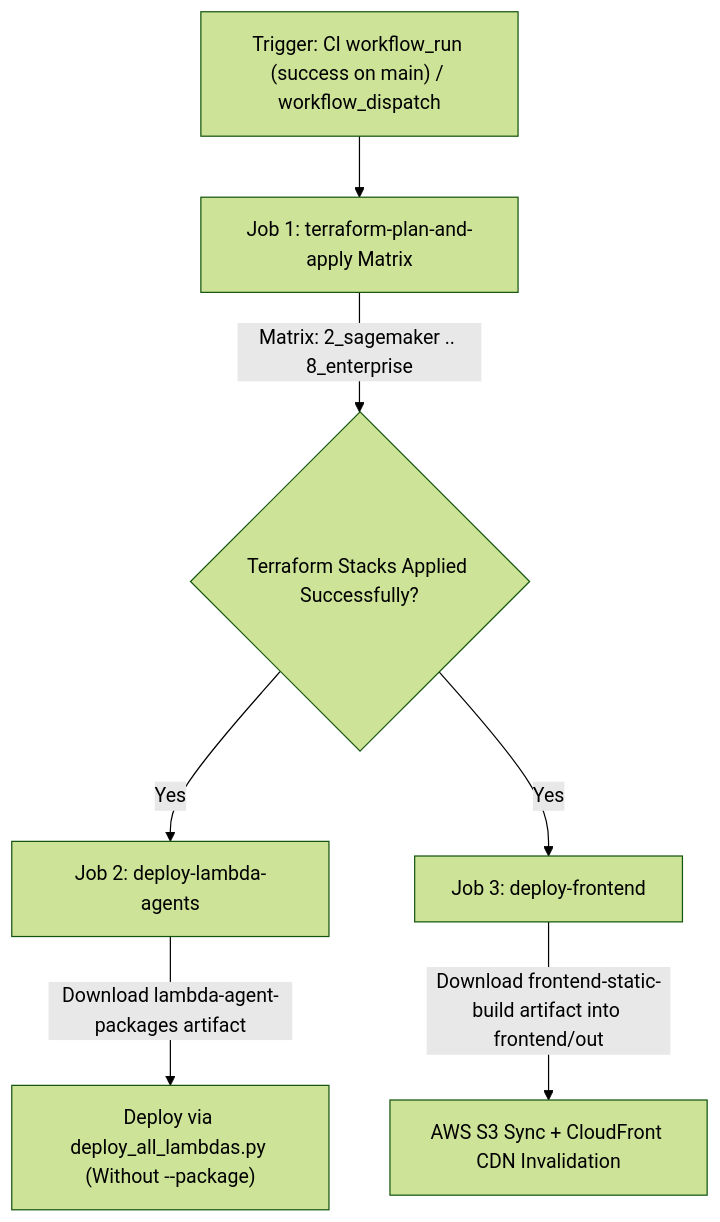
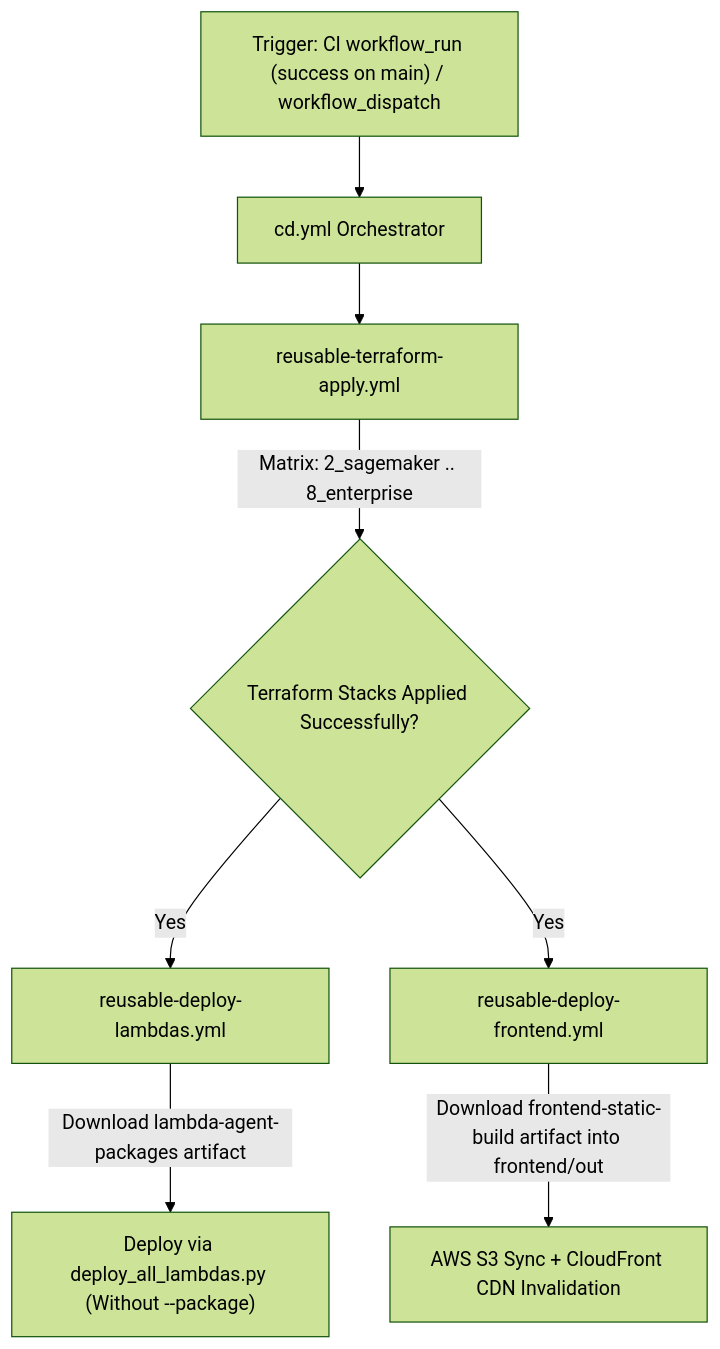
The diagram in docs/specs/infrastructure/github_cd_spec.md (ajponte/alex), drawn with Mermaid (forest theme) before and after one commit. The commit also changed other lines of this file and 19 other files, not shown here.

````diff
--- a/docs/specs/infrastructure/github_cd_spec.md
+++ b/docs/specs/infrastructure/github_cd_spec.md
@@ -113,9 +102,10 @@
 ```mermaid
 graph TD
-    A["Trigger: CI workflow_run (success on main) / workflow_dispatch"] --> B["Job 1: terraform-plan-and-apply Matrix"]
-    B -->|"Matrix: 2_sagemaker .. 8_enterprise"| C{"Terraform Stacks Applied Successfully?"}
-    C -->|"Yes"| D["Job 2: deploy-lambda-agents"]
-    C -->|"Yes"| E["Job 3: deploy-frontend"]
-    D -->|"Download lambda-agent-packages artifact"| F["Deploy via deploy_all_lambdas.py (Without --package)"]
-    E -->|"Download frontend-static-build artifact into frontend/out"| G["AWS S3 Sync + CloudFront CDN Invalidation"]
+    A["Trigger: CI workflow_run (success on main) / workflow_dispatch"] --> B["cd.yml Orchestrator"]
+    B --> C["reusable-terraform-apply.yml"]
+    C -->|"Matrix: 2_sagemaker .. 8_enterprise"| D{"Terraform Stacks Applied Successfully?"}
+    D -->|"Yes"| E["reusable-deploy-lambdas.yml"]
+    D -->|"Yes"| F["reusable-deploy-frontend.yml"]
+    E -->|"Download lambda-agent-packages artifact"| G["Deploy via deploy_all_lambdas.py (Without --package)"]
+    F -->|"Download frontend-static-build artifact into frontend/out"| H["AWS S3 Sync + CloudFront CDN Invalidation"]
 ```
````
